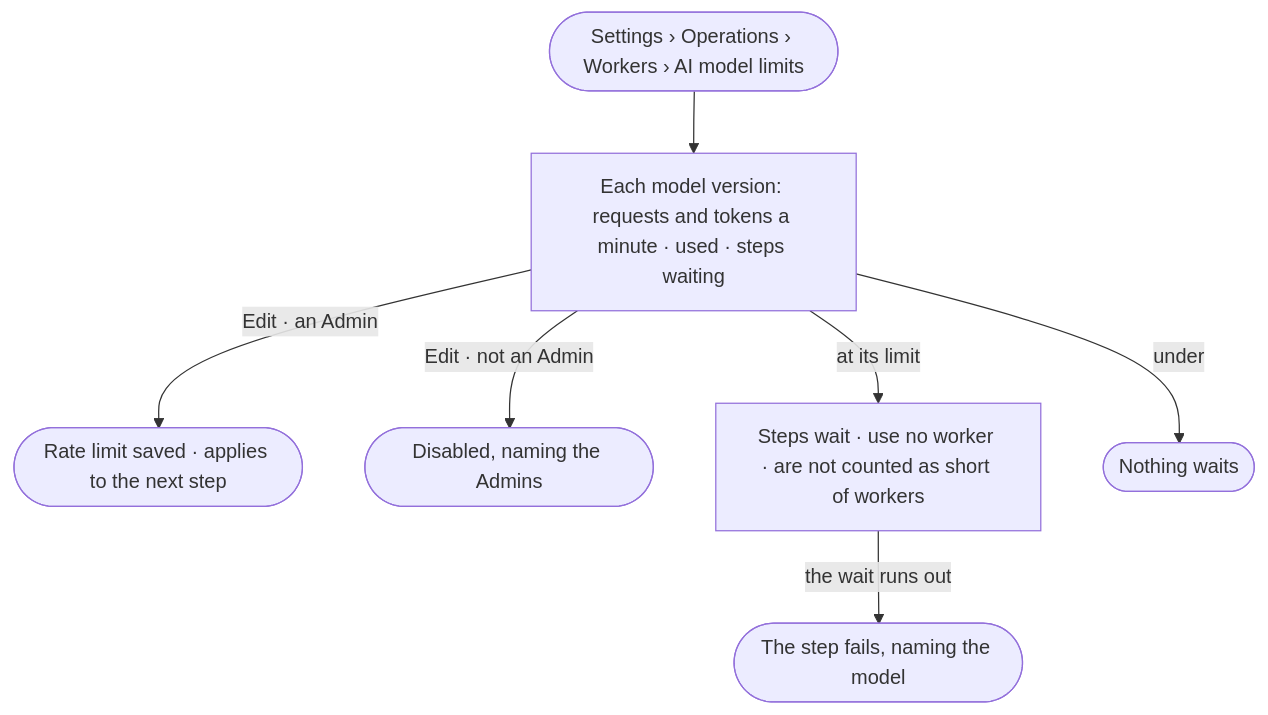
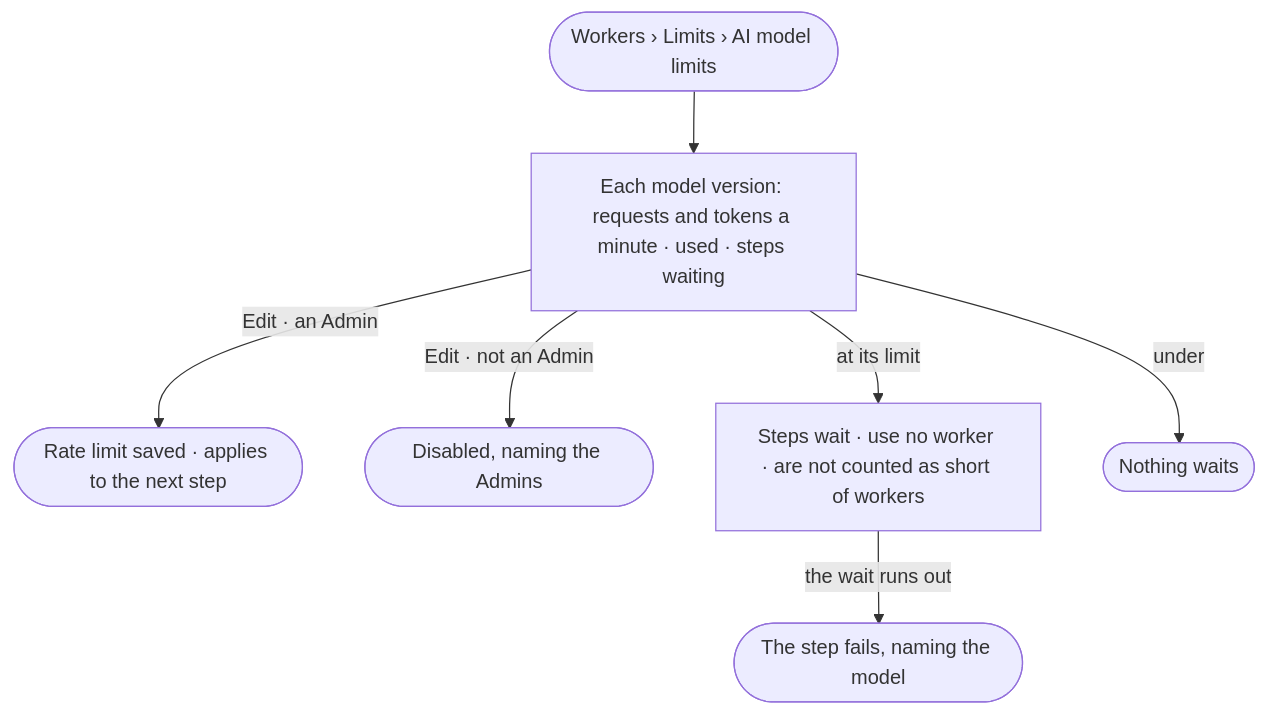
One commit to invana/invana changed the diagram in specs/os/control/features/CP-F04-limits/stories/CP-13-see-each-ai-models-rate-limit-and-what-waits-on-it/story.md. Above: the diagram before and after it, drawn with Mermaid. The commit also changed 133 other files, not shown here.

````diff
--- a/specs/os/control/features/CP-F04-limits/stories/CP-13-see-each-ai-models-rate-limit-and-what-waits-on-it/story.md
+++ b/specs/os/control/features/CP-F04-limits/stories/CP-13-see-each-ai-models-rate-limit-and-what-waits-on-it/story.md
@@ -26,9 +26,9 @@
 ```mermaid
 flowchart TD
-  s([Settings › Operations › Workers › AI model limits]) --> m["Each model version: requests and tokens a minute · used · steps waiting"]
+  s([Workers › Limits › AI model limits]) --> m["Each model version: requests and tokens a minute · used · steps waiting"]
   m -->|Edit · an Admin| ed(["Rate limit saved · applies to the next step"])
   m -->|Edit · not an Admin| ro(["Disabled, naming the Admins"])
   m -->|at its limit| w["Steps wait · use no worker · are not counted as short of workers"]
   w -->|the wait runs out| f(["The step fails, naming the model"])
   m -->|under| ok(["Nothing waits"])
 ```
````
